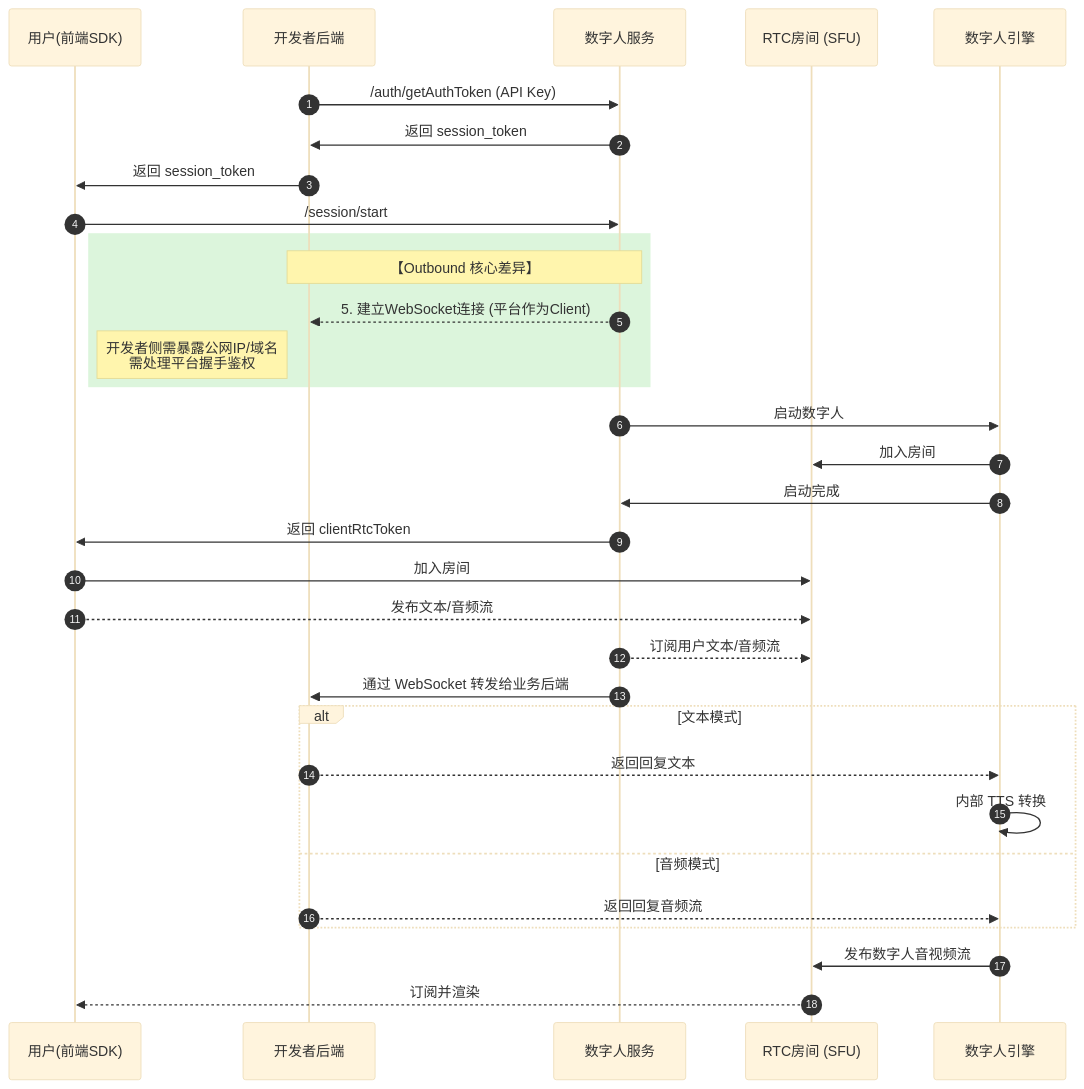
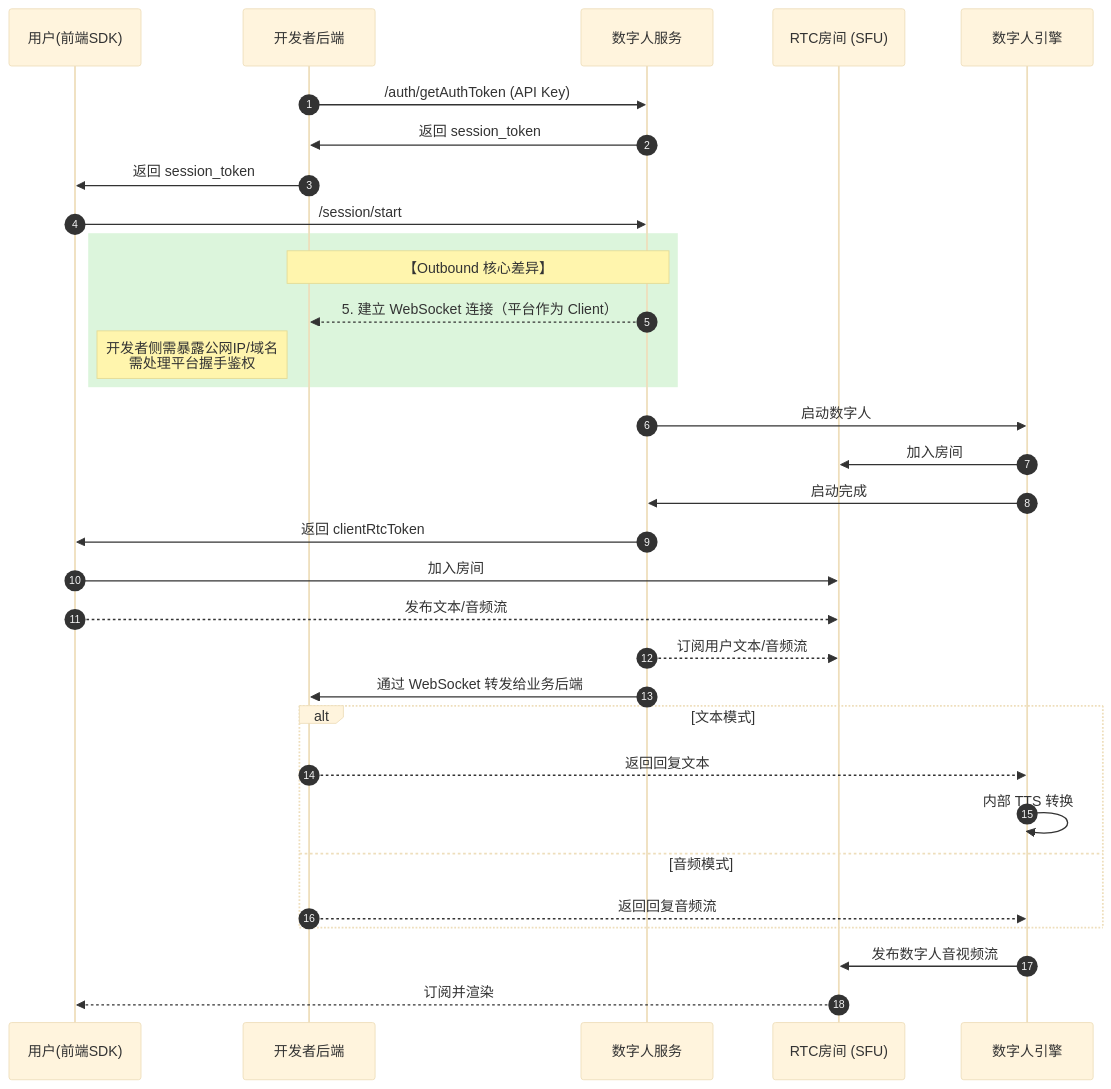
The second of 3 diagrams in PROTOCOL.zh.md (newportAI-lab/liveavatar-channel-python), drawn with Mermaid (base theme) before and after one commit. The commit also changed other lines of this file and 7 other files, not shown here.

````diff
--- a/PROTOCOL.zh.md
+++ b/PROTOCOL.zh.md
@@ -137,47 +134,47 @@
 ```mermaid
 sequenceDiagram
     autonumber
     participant User as 用户(前端SDK)
     participant AppServer as 开发者后端
     participant Platform as 数字人服务
     participant RTC as RTC房间 (SFU)
     participant Avatar as 数字人引擎
 
     %% 1. 鉴权与初始化
     AppServer->>Platform: /auth/getAuthToken (API Key)
     Platform->>AppServer: 返回 session_token
     AppServer->>User: 返回 session_token
 
     User->>Platform: /session/start
 
     %% 核心差异高亮：Outbound 模式下的连接发起
     rect rgb(220, 245, 220)
     Note over Platform, AppServer: 【Outbound 核心差异】
-    Platform-->>AppServer: 5. 建立WebSocket连接 (平台作为Client)
+    Platform-->>AppServer: 5. 建立 WebSocket 连接（平台作为 Client）
     Note left of AppServer: 开发者侧需暴露公网IP/域名<br/>需处理平台握手鉴权
     end
 
     Platform->>Avatar: 启动数字人
     Avatar->>RTC: 加入房间
     Avatar->>Platform: 启动完成
     Platform->>User: 返回 clientRtcToken
 
     %% 2. RTC 链路建立
     User->>RTC: 加入房间
     User-->>RTC: 发布文本/音频流
 
     %% 3. 核心业务循环
     Platform-->>RTC: 订阅用户文本/音频流
     Platform->>AppServer: 通过 WebSocket 转发给业务后端
 
     alt 文本模式
         AppServer-->>Avatar: 返回回复文本
         Avatar->>Avatar: 内部 TTS 转换
     else 音频模式
         AppServer-->>Avatar: 返回回复音频流
     end
 
     %% 4. 数字人反馈
     Avatar->>RTC: 发布数字人音视频流
     RTC-->>User: 订阅并渲染
 ```
````
